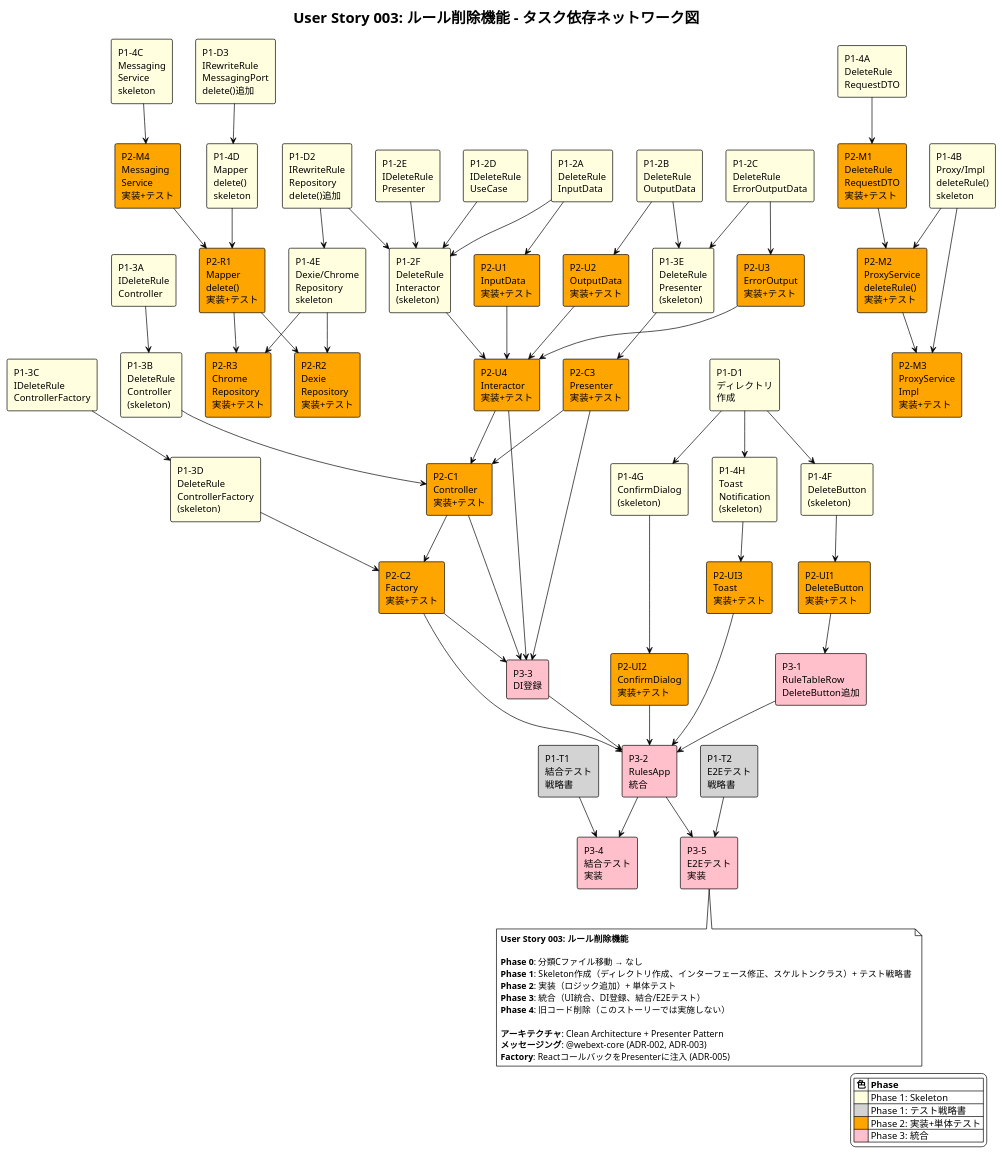
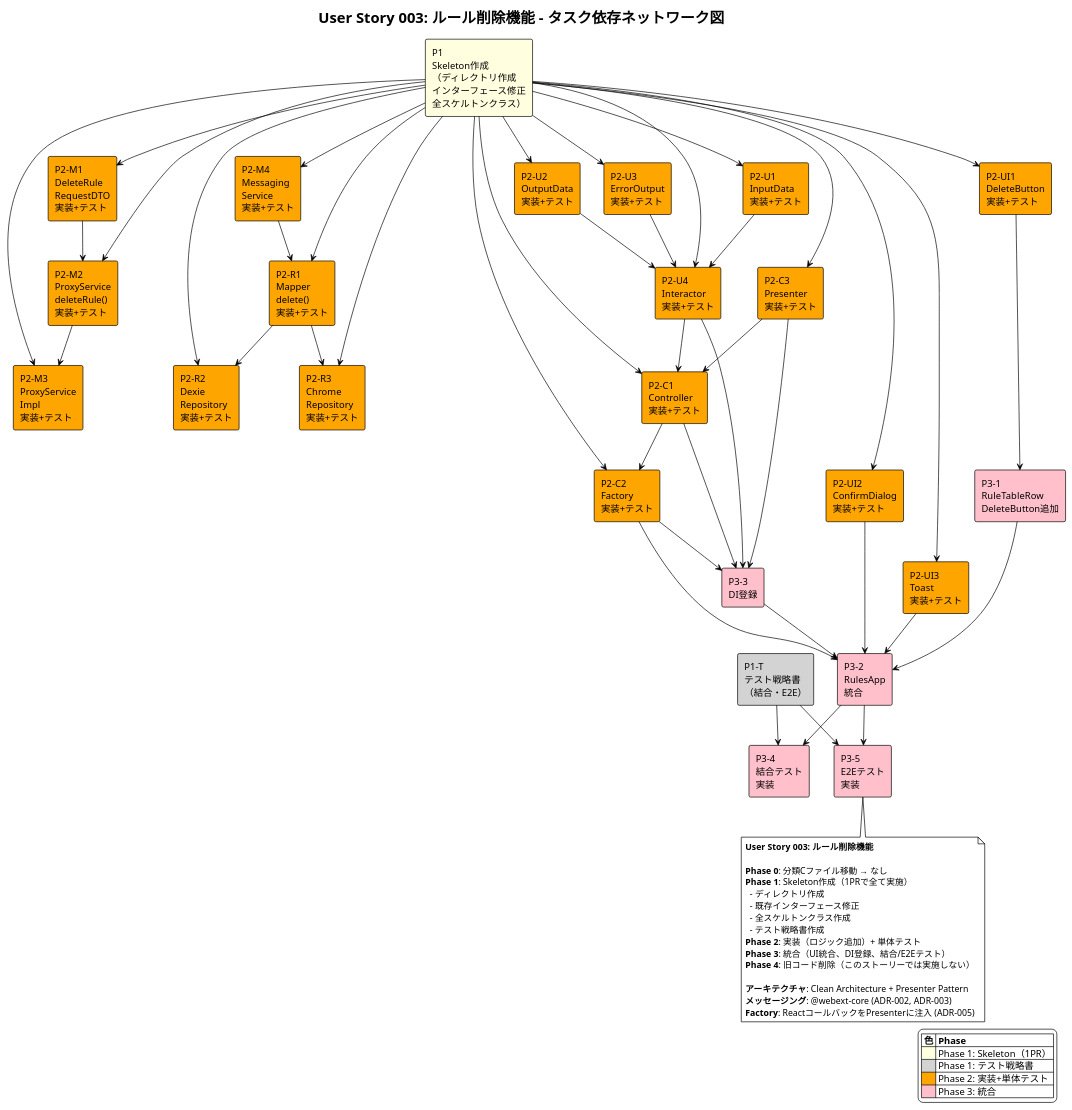
One commit to akAredminEogre/frog-frame-front changed the diagram in docs/user-stories/user-story-003/network-diagram.puml. Above: the diagram before and after it, drawn with PlantUML.

Commit message:
docs: consolidate Phase 1 skeleton tasks into single node in diagram
Phase 1 (directory creation, interface modification, and all skeleton
classes) will be done in a single PR, so the diagram now shows it as
one unified task block instead of multiple separate nodes.

```diff
--- a/docs/user-stories/user-story-003/network-diagram.puml
+++ b/docs/user-stories/user-story-003/network-diagram.puml
@@ -1,161 +1,122 @@
 @startuml user-story-003-network-diagram
 !theme plain
 title User Story 003: ルール削除機能 - タスク依存ネットワーク図
 
-' Phase 1: Skeleton（ディレクトリ作成・インターフェース修正・スケルトン作成）
-rectangle "P1-D1\nディレクトリ\n作成" as dir #lightyellow
-rectangle "P1-D2\nIRewriteRule\nRepository\ndelete()追加" as repoInterface #lightyellow
-rectangle "P1-D3\nIRewriteRule\nMessagingPort\ndelete()追加" as msgPortInterface #lightyellow
-
-' Phase 1: Skeleton - 第2層
-rectangle "P1-2A\nDeleteRule\nInputData" as inputData #lightyellow
-rectangle "P1-2B\nDeleteRule\nOutputData" as outputData #lightyellow
-rectangle "P1-2C\nDeleteRule\nErrorOutputData" as errorOutputData #lightyellow
-rectangle "P1-2D\nIDeleteRule\nUseCase" as useCaseInterface #lightyellow
-rectangle "P1-2E\nIDeleteRule\nPresenter" as presenterInterface #lightyellow
-rectangle "P1-2F\nDeleteRule\nInteractor\n(skeleton)" as interactorSkel #lightyellow
-
-' Phase 1: Skeleton - 第3層
-rectangle "P1-3A\nIDeleteRule\nController" as controllerInterface #lightyellow
-rectangle "P1-3B\nDeleteRule\nController\n(skeleton)" as controllerSkel #lightyellow
-rectangle "P1-3C\nIDeleteRule\nControllerFactory" as factoryInterface #lightyellow
-rectangle "P1-3D\nDeleteRule\nControllerFactory\n(skeleton)" as factorySkel #lightyellow
-rectangle "P1-3E\nDeleteRule\nPresenter\n(skeleton)" as presenterSkel #lightyellow
-
-' Phase 1: Skeleton - 第4層
-rectangle "P1-4A\nDeleteRule\nRequestDTO" as requestDto #lightyellow
-rectangle "P1-4B\nProxy/Impl\ndeleteRule()\nskeleton" as proxySkel #lightyellow
-rectangle "P1-4C\nMessaging\nService\nskeleton" as msgSkel #lightyellow
-rectangle "P1-4D\nMapper\ndelete()\nskeleton" as mapperSkel #lightyellow
-rectangle "P1-4E\nDexie/Chrome\nRepository\nskeleton" as repoSkel #lightyellow
-rectangle "P1-4F\nDeleteButton\n(skeleton)" as deleteBtnSkel #lightyellow
-rectangle "P1-4G\nConfirmDialog\n(skeleton)" as confirmSkel #lightyellow
-rectangle "P1-4H\nToast\nNotification\n(skeleton)" as toastSkel #lightyellow
+' Phase 1: Skeleton（1つのPRで全て実施）
+rectangle "P1\nSkeleton作成\n（ディレクトリ作成\nインターフェース修正\n全スケルトンクラス）" as phase1Skeleton #lightyellow
 
 ' Phase 1: テスト戦略書
-rectangle "P1-T1\n結合テスト\n戦略書" as integrationStrategy #lightgray
-rectangle "P1-T2\nE2Eテスト\n戦略書" as e2eStrategy #lightgray
+rectangle "P1-T\nテスト戦略書\n（結合・E2E）" as testStrategy #lightgray
 
 ' Phase 2: 実装 - メッセージング
 rectangle "P2-M1\nDeleteRule\nRequestDTO\n実装+テスト" as requestDtoImpl #orange
 rectangle "P2-M2\nProxyService\ndeleteRule()\n実装+テスト" as proxyImpl #orange
 rectangle "P2-M3\nProxyService\nImpl\n実装+テスト" as proxyImplImpl #orange
 rectangle "P2-M4\nMessaging\nService\n実装+テスト" as msgImpl #orange
 
 ' Phase 2: 実装 - Mapper/Repository
 rectangle "P2-R1\nMapper\ndelete()\n実装+テスト" as mapperImpl #orange
 rectangle "P2-R2\nDexie\nRepository\n実装+テスト" as dexieImpl #orange
 rectangle "P2-R3\nChrome\nRepository\n実装+テスト" as chromeImpl #orange
 
 ' Phase 2: 実装 - UseCase
 rectangle "P2-U1\nInputData\n実装+テスト" as inputImpl #orange
 rectangle "P2-U2\nOutputData\n実装+テスト" as outputImpl #orange
 rectangle "P2-U3\nErrorOutput\n実装+テスト" as errorImpl #orange
 rectangle "P2-U4\nInteractor\n実装+テスト" as interactorImpl #orange
 
 ' Phase 2: 実装 - Controller/Presenter
 rectangle "P2-C1\nController\n実装+テスト" as controllerImpl #orange
 rectangle "P2-C2\nFactory\n実装+テスト" as factoryImpl #orange
 rectangle "P2-C3\nPresenter\n実装+テスト" as presenterImpl #orange
 
 ' Phase 2: 実装 - UI
 rectangle "P2-UI1\nDeleteButton\n実装+テスト" as deleteBtnImpl #orange
 rectangle "P2-UI2\nConfirmDialog\n実装+テスト" as confirmImpl #orange
 rectangle "P2-UI3\nToast\n実装+テスト" as toastImpl #orange
 
 ' Phase 3: 統合
 rectangle "P3-1\nRuleTableRow\nDeleteButton追加" as tableRowInteg #pink
 rectangle "P3-2\nRulesApp\n統合" as rulesAppInteg #pink
 rectangle "P3-3\nDI登録" as diReg #pink
 rectangle "P3-4\n結合テスト\n実装" as integrationTest #pink
 rectangle "P3-5\nE2Eテスト\n実装" as e2eTest #pink
 
-' 依存関係: Phase 1 内部
-dir --> deleteBtnSkel
-dir --> confirmSkel
-dir --> toastSkel
-repoInterface --> interactorSkel
-repoInterface --> repoSkel
-msgPortInterface --> mapperSkel
-useCaseInterface --> interactorSkel
-presenterInterface --> interactorSkel
-inputData --> interactorSkel
-outputData --> presenterSkel
-errorOutputData --> presenterSkel
-controllerInterface --> controllerSkel
-factoryInterface --> factorySkel
-
 ' 依存関係: Phase 1 → Phase 2
-interactorSkel --> interactorImpl
-controllerSkel --> controllerImpl
-factorySkel --> factoryImpl
-presenterSkel --> presenterImpl
-requestDto --> requestDtoImpl
-proxySkel --> proxyImpl
-proxySkel --> proxyImplImpl
-msgSkel --> msgImpl
-mapperSkel --> mapperImpl
-repoSkel --> dexieImpl
-repoSkel --> chromeImpl
-deleteBtnSkel --> deleteBtnImpl
-confirmSkel --> confirmImpl
-toastSkel --> toastImpl
-inputData --> inputImpl
-outputData --> outputImpl
-errorOutputData --> errorImpl
+phase1Skeleton --> requestDtoImpl
+phase1Skeleton --> proxyImpl
+phase1Skeleton --> proxyImplImpl
+phase1Skeleton --> msgImpl
+phase1Skeleton --> mapperImpl
+phase1Skeleton --> dexieImpl
+phase1Skeleton --> chromeImpl
+phase1Skeleton --> inputImpl
+phase1Skeleton --> outputImpl
+phase1Skeleton --> errorImpl
+phase1Skeleton --> interactorImpl
+phase1Skeleton --> controllerImpl
+phase1Skeleton --> factoryImpl
+phase1Skeleton --> presenterImpl
+phase1Skeleton --> deleteBtnImpl
+phase1Skeleton --> confirmImpl
+phase1Skeleton --> toastImpl
 
 ' 依存関係: Phase 2 内部
 requestDtoImpl --> proxyImpl
 proxyImpl --> proxyImplImpl
 msgImpl --> mapperImpl
 mapperImpl --> dexieImpl
 mapperImpl --> chromeImpl
 inputImpl --> interactorImpl
 outputImpl --> interactorImpl
 errorImpl --> interactorImpl
 interactorImpl --> controllerImpl
 presenterImpl --> controllerImpl
 controllerImpl --> factoryImpl
 
 ' 依存関係: Phase 2 → Phase 3
 deleteBtnImpl --> tableRowInteg
 tableRowInteg --> rulesAppInteg
 confirmImpl --> rulesAppInteg
 toastImpl --> rulesAppInteg
 factoryImpl --> rulesAppInteg
 controllerImpl --> diReg
 presenterImpl --> diReg
 factoryImpl --> diReg
 interactorImpl --> diReg
 diReg --> rulesAppInteg
 
 ' 依存関係: テスト
-integrationStrategy --> integrationTest
-e2eStrategy --> e2eTest
+testStrategy --> integrationTest
+testStrategy --> e2eTest
 rulesAppInteg --> integrationTest
 rulesAppInteg --> e2eTest
 
 ' 凡例
 legend right
   |= 色 |= Phase |
-  | <#lightyellow> | Phase 1: Skeleton |
+  | <#lightyellow> | Phase 1: Skeleton（1PR） |
   | <#lightgray> | Phase 1: テスト戦略書 |
   | <#orange> | Phase 2: 実装+単体テスト |
   | <#pink> | Phase 3: 統合 |
 endlegend
 
 note bottom
 **User Story 003: ルール削除機能**
 
 **Phase 0**: 分類Cファイル移動 → なし
-**Phase 1**: Skeleton作成（ディレクトリ作成、インターフェース修正、スケルトンクラス）+ テスト戦略書
+**Phase 1**: Skeleton作成（1PRで全て実施）
+  - ディレクトリ作成
+  - 既存インターフェース修正
+  - 全スケルトンクラス作成
+  - テスト戦略書作成
 **Phase 2**: 実装（ロジック追加）+ 単体テスト
 **Phase 3**: 統合（UI統合、DI登録、結合/E2Eテスト）
 **Phase 4**: 旧コード削除（このストーリーでは実施しない）
 
 **アーキテクチャ**: Clean Architecture + Presenter Pattern
 **メッセージング**: @webext-core (ADR-002, ADR-003)
 **Factory**: ReactコールバックをPresenterに注入 (ADR-005)
 end note
 
 @enduml
```
